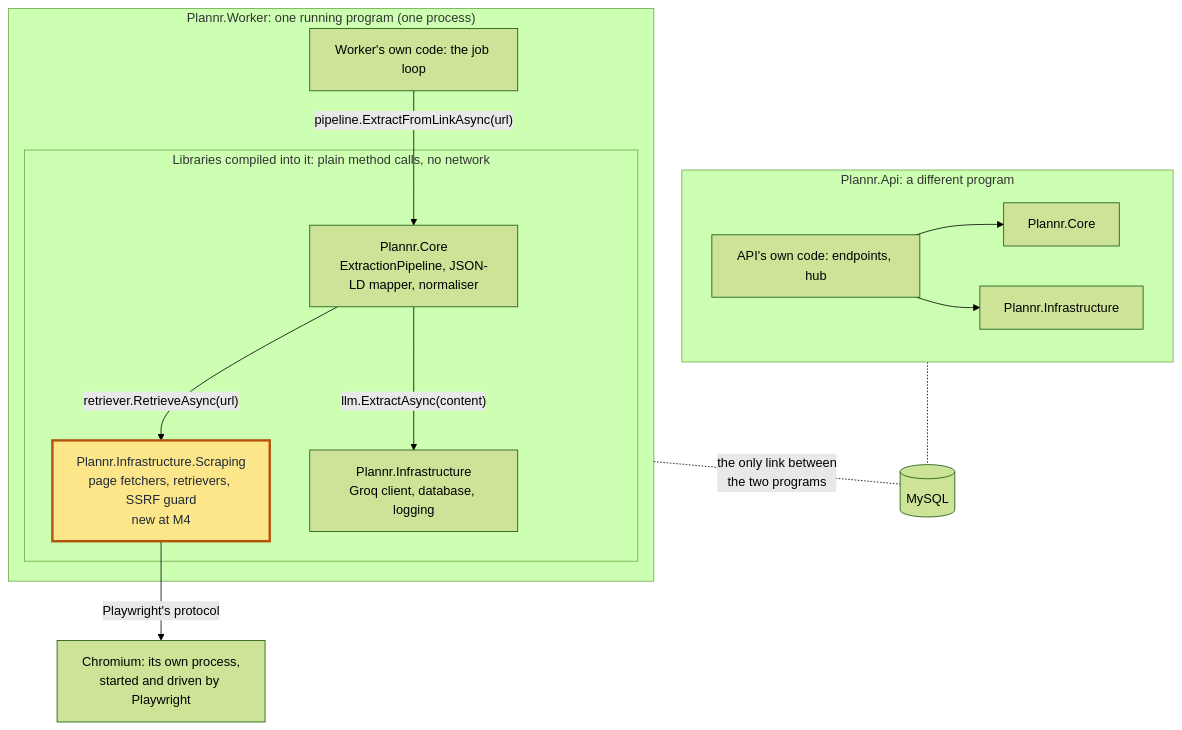
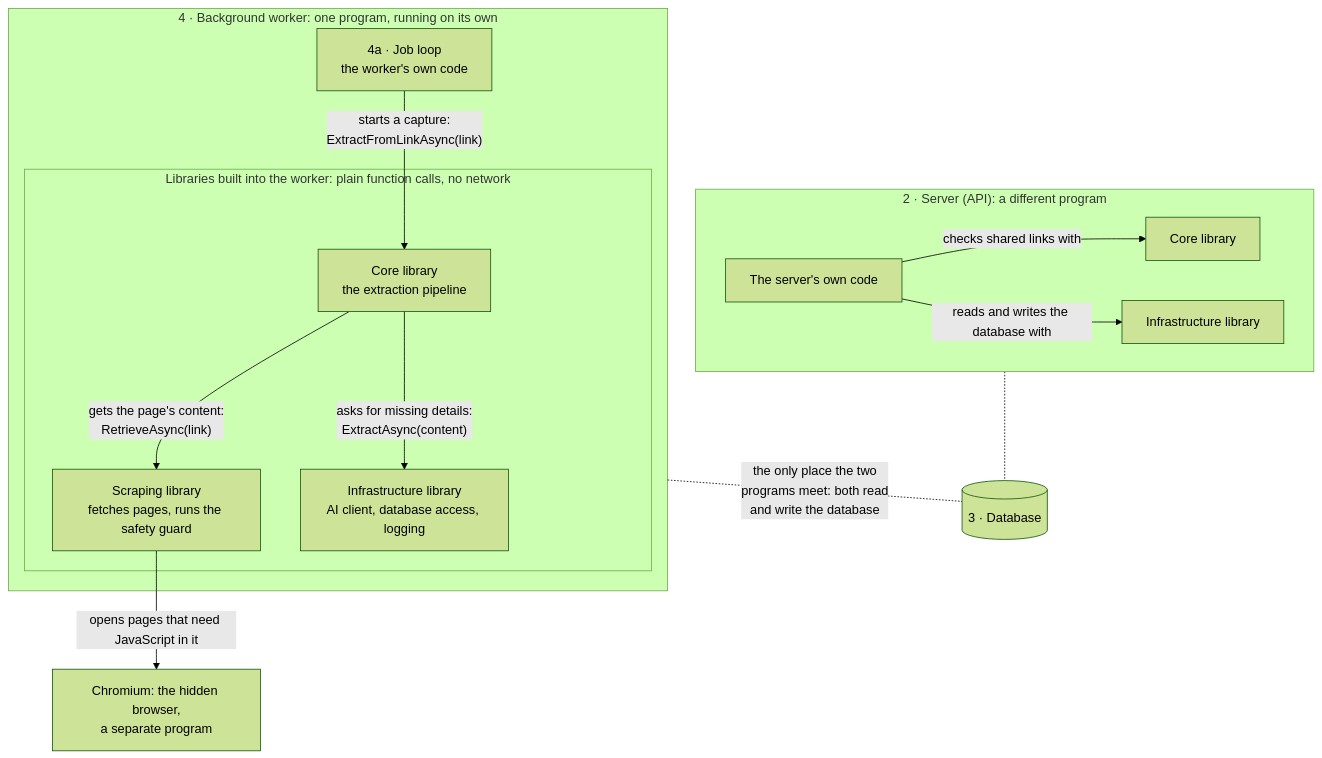
The fourth of 13 diagrams in docs/architecture.md (SunchokePasta/Plannr), drawn with Mermaid (forest theme) before and after one commit. The commit also changed other lines of this file and 3 other files, not shown here.

First line of the commit message:
Rewrite the architecture page around a glossary and labelled steps

````diff
--- a/docs/architecture.md
+++ b/docs/architecture.md
@@ -199,32 +221,29 @@
 ```mermaid
 flowchart TB
-  subgraph WP["Plannr.Worker: one running program (one process)"]
-    w1["Worker's own code: the job loop"]
-    subgraph LIBS["Libraries compiled into it: plain method calls, no network"]
-      core["Plannr.Core<br/>ExtractionPipeline, JSON-LD mapper, normaliser"]
-      scrape["Plannr.Infrastructure.Scraping<br/>page fetchers, retrievers, SSRF guard<br/>new at M4"]
-      infra["Plannr.Infrastructure<br/>Groq client, database, logging"]
+  subgraph WP["4 · Background worker: one program, running on its own"]
+    w1["4a · Job loop<br/>the worker's own code"]
+    subgraph LIBS["Libraries built into the worker: plain function calls, no network"]
+      core["Core library<br/>the extraction pipeline"]
+      scrape["Scraping library<br/>fetches pages, runs the safety guard"]
+      infra["Infrastructure library<br/>AI client, database access, logging"]
     end
-    w1 -->|"pipeline.ExtractFromLinkAsync(url)"| core
-    core -->|"retriever.RetrieveAsync(url)"| scrape
-    core -->|"llm.ExtractAsync(content)"| infra
+    w1 -->|"starts a capture:<br/>ExtractFromLinkAsync(link)"| core
+    core -->|"gets the page's content:<br/>RetrieveAsync(link)"| scrape
+    core -->|"asks for missing details:<br/>ExtractAsync(content)"| infra
   end
 
-  chrome["Chromium: its own process,<br/>started and driven by Playwright"]
-  scrape -->|"Playwright's protocol"| chrome
+  chrome["Chromium: the hidden browser,<br/>a separate program"]
+  scrape -->|"opens pages that need JavaScript in it"| chrome
 
-  subgraph AP["Plannr.Api: a different program"]
-    api["API's own code: endpoints, hub"]
-    core2["Plannr.Core"]
-    infra2["Plannr.Infrastructure"]
-    api --> core2
-    api --> infra2
+  subgraph AP["2 · Server (API): a different program"]
+    api["The server's own code"]
+    core2["Core library"]
+    infra2["Infrastructure library"]
+    api -->|"checks shared links with"| core2
+    api -->|"reads and writes the database with"| infra2
   end
 
-  db[("MySQL")]
-  WP -.-|"the only link between<br/>the two programs"| db
+  db[("3 · Database")]
+  WP -.-|"the only place the two<br/>programs meet: both read<br/>and write the database"| db
   AP -.- db
-
-  classDef question fill:#fde68a,stroke:#b45309,stroke-width:3px,color:#1f2937
-  class scrape question
 ```
````
